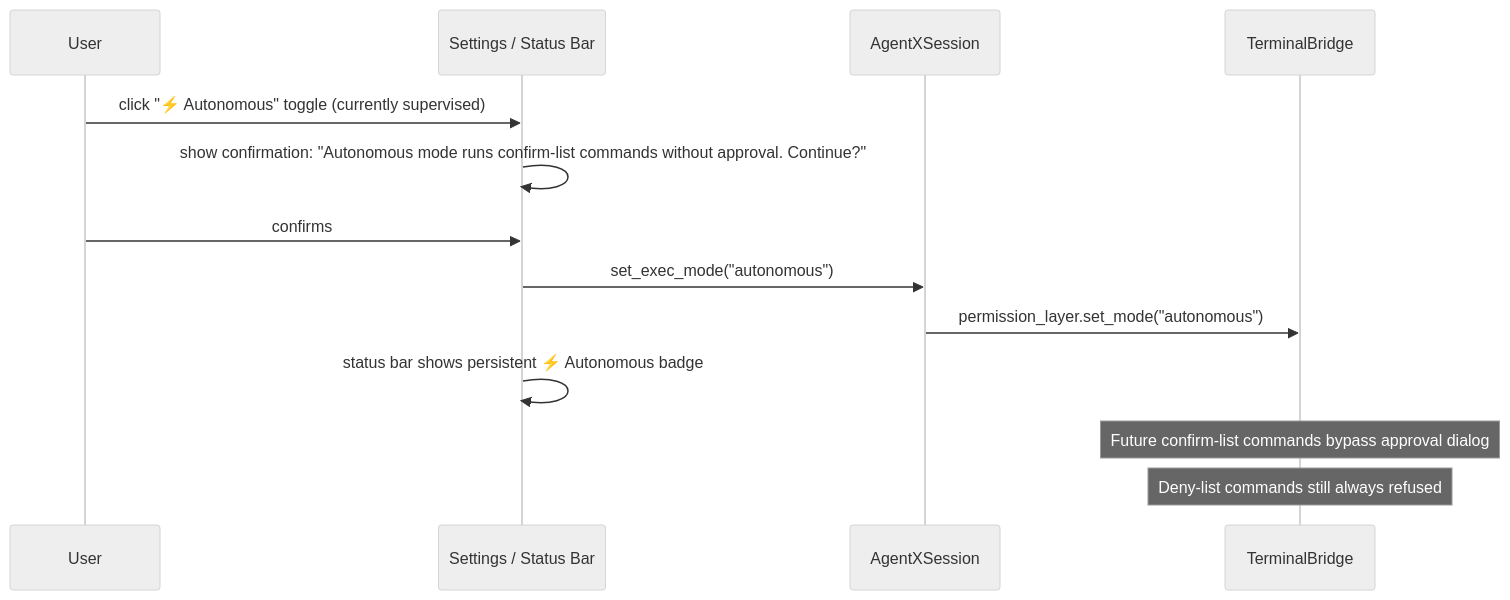
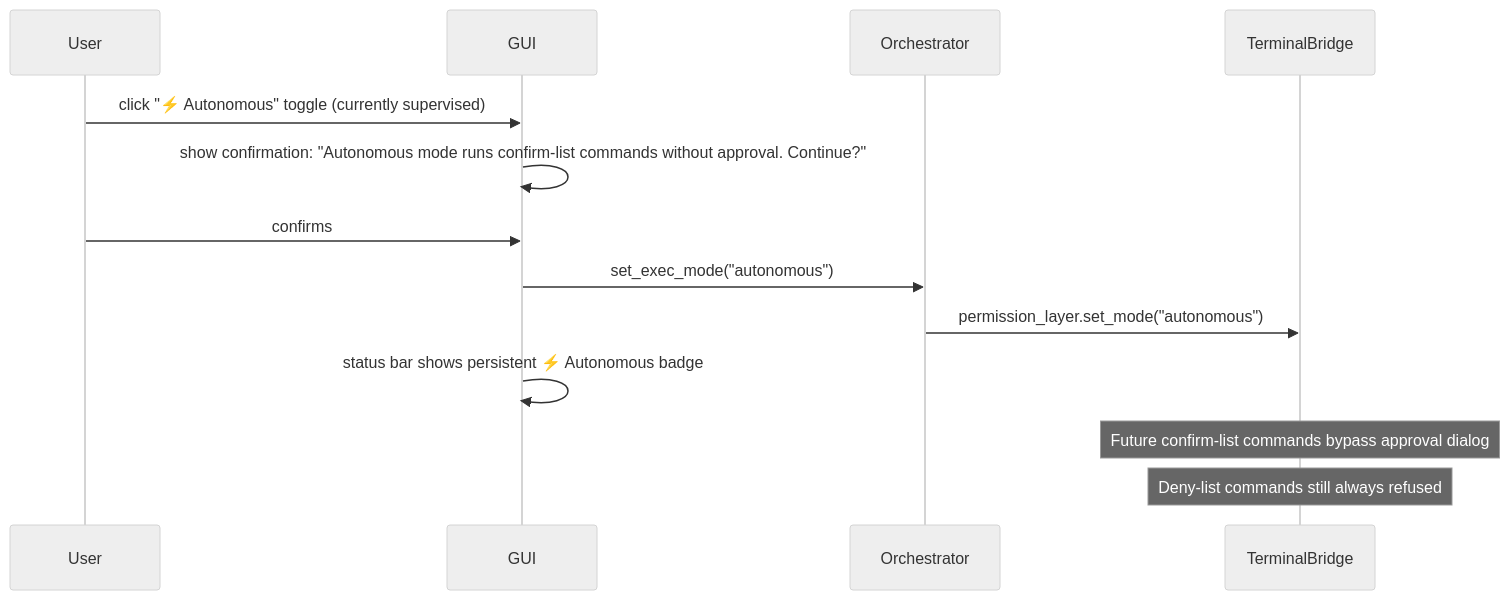
Before and after one commit to matthewapeters/agentX: the ninth of 11 diagrams in docs/ux/05_VIBE_CODING.md, drawn with Mermaid (neutral theme). The commit also changed other lines of this file and 336 other files, not shown here.

````diff
--- a/docs/ux/05_VIBE_CODING.md
+++ b/docs/ux/05_VIBE_CODING.md
@@ -709,16 +280,16 @@
 ```mermaid
 sequenceDiagram
     participant User
-    participant GUI as Settings / Status Bar
-    participant Session as AgentXSession
-    participant TB as TerminalBridge
+    participant GUI
+    participant Orchestrator
+    participant TerminalBridge
 
     User->>GUI: click "⚡ Autonomous" toggle (currently supervised)
     GUI->>GUI: show confirmation: "Autonomous mode runs confirm-list commands without approval. Continue?"
     User->>GUI: confirms
-    GUI->>Session: set_exec_mode("autonomous")
-    Session->>TB: permission_layer.set_mode("autonomous")
+    GUI->>Orchestrator: set_exec_mode("autonomous")
+    Orchestrator->>TerminalBridge: permission_layer.set_mode("autonomous")
     GUI->>GUI: status bar shows persistent ⚡ Autonomous badge
-    Note over TB: Future confirm-list commands bypass approval dialog
-    Note over TB: Deny-list commands still always refused
+    Note over TerminalBridge: Future confirm-list commands bypass approval dialog
+    Note over TerminalBridge: Deny-list commands still always refused
 ```
````
